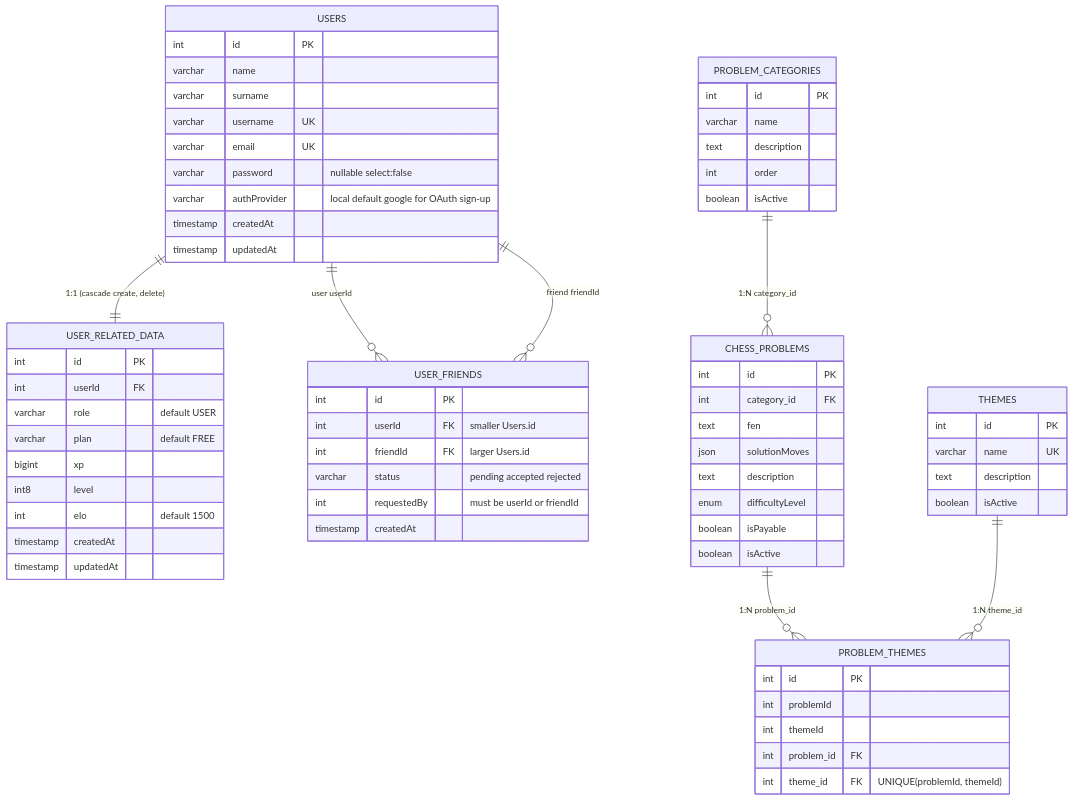
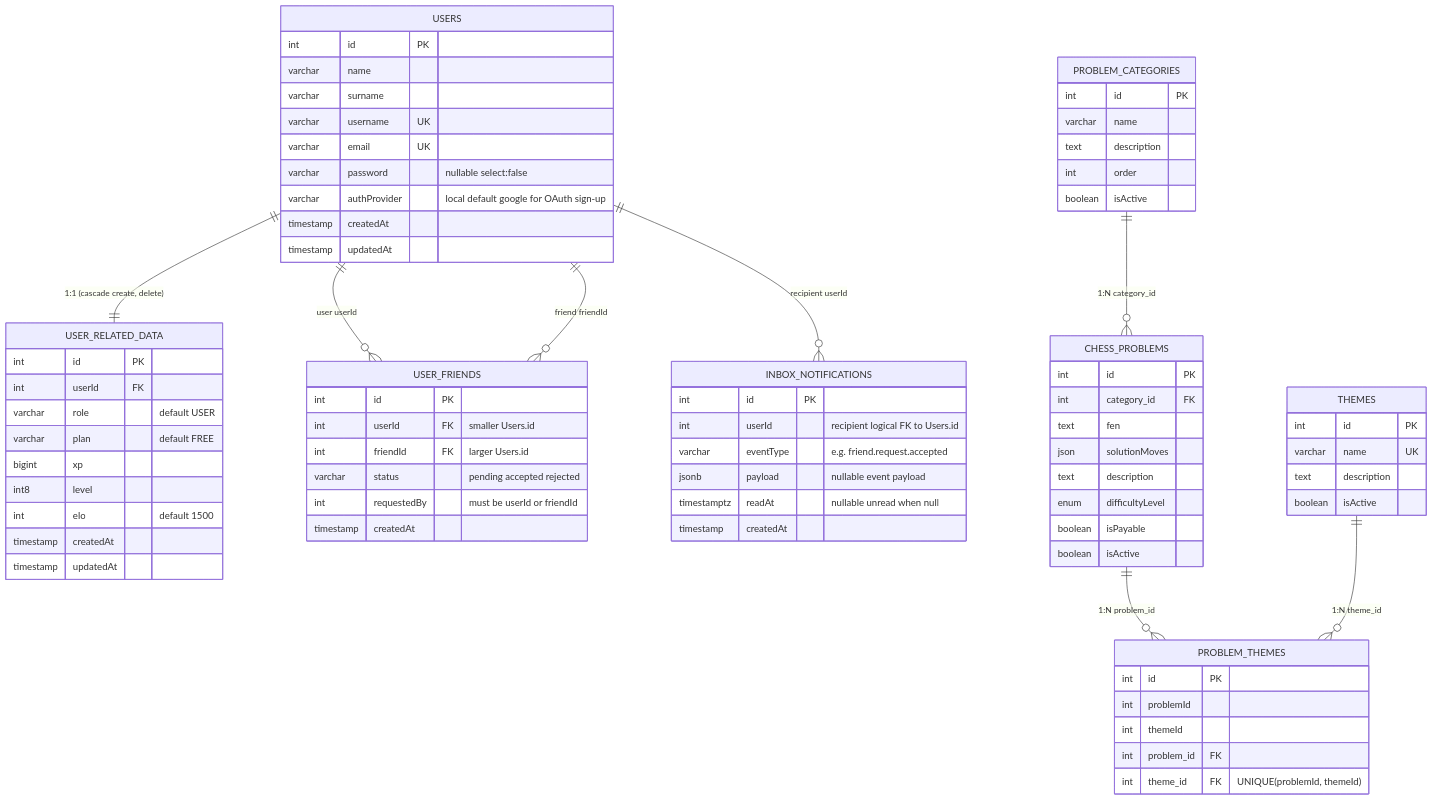
One commit to Aram47/chess-game-monolit-backend changed the first of 3 diagrams in docs/11-erd-databases.md. Above: the diagram before and after it, drawn with Mermaid. The commit also changed other lines of this file and 5 other files, not shown here.

```diff
--- a/docs/11-erd-databases.md
+++ b/docs/11-erd-databases.md
@@ -44,6 +44,15 @@
     int friendId FK "larger Users.id"
     varchar status "pending accepted rejected"
     int requestedBy "must be userId or friendId"
+    timestamp createdAt
+  }
+
+  INBOX_NOTIFICATIONS {
+    int id PK
+    int userId "recipient logical FK to Users.id"
+    varchar eventType "e.g. friend.request.accepted"
+    jsonb payload "nullable event payload"
+    timestamptz readAt "nullable unread when null"
     timestamp createdAt
   }
 
@@ -85,6 +94,7 @@
   USERS ||--|| USER_RELATED_DATA : "1:1 (cascade create, delete)"
   USERS ||--o{ USER_FRIENDS : "user userId"
   USERS ||--o{ USER_FRIENDS : "friend friendId"
+  USERS ||--o{ INBOX_NOTIFICATIONS : "recipient userId"
   PROBLEM_CATEGORIES ||--o{ CHESS_PROBLEMS : "1:N category_id"
   CHESS_PROBLEMS ||--o{ PROBLEM_THEMES : "1:N problem_id"
   THEMES ||--o{ PROBLEM_THEMES : "1:N theme_id"
```
